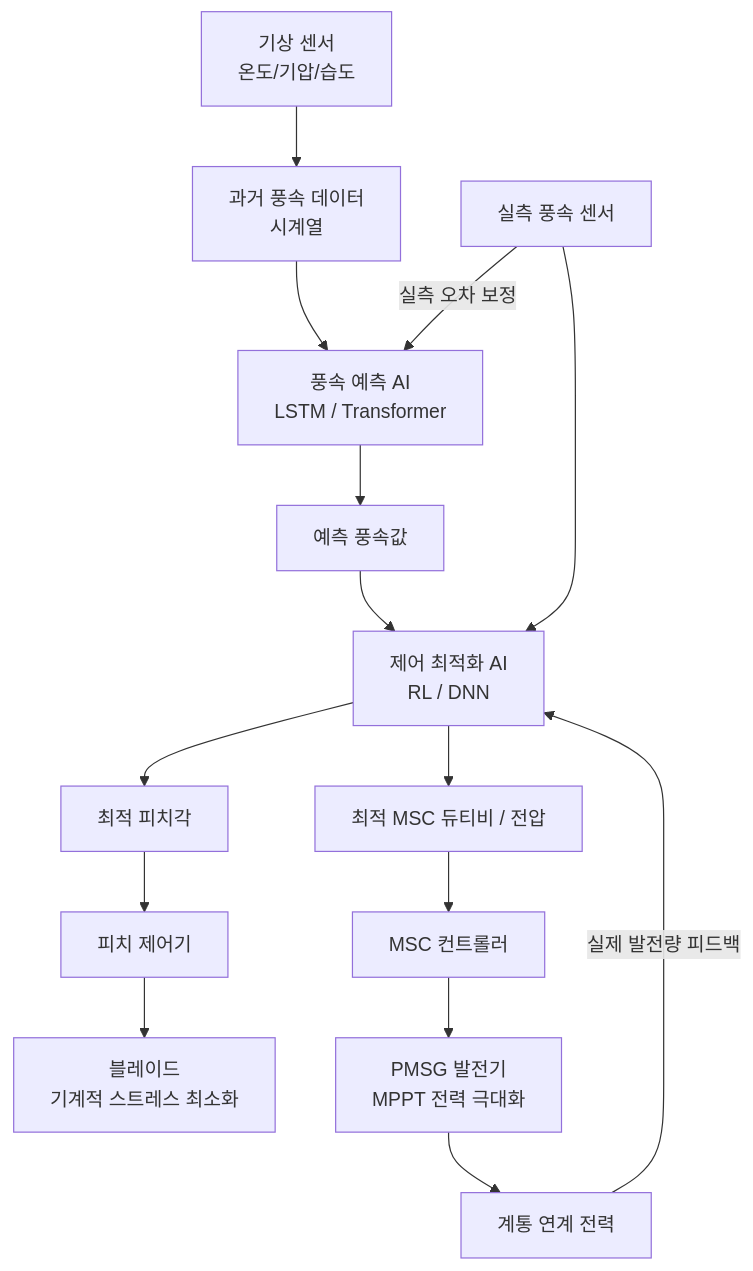
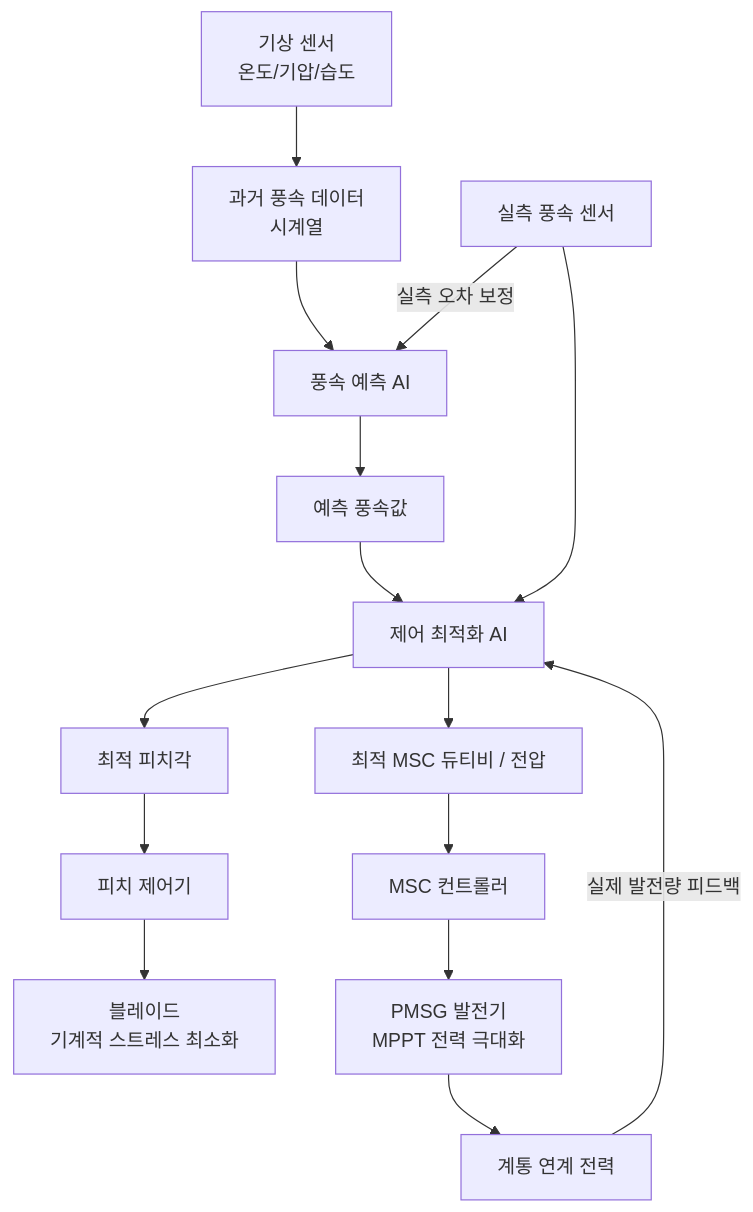
The diagram in README.md (seyong628/Capstone-Design), drawn with Mermaid before and after one commit.

````diff
--- a/README.md
+++ b/README.md
@@ -5,17 +5,17 @@
 ```mermaid
 flowchart TD
     A[기상 센서<br/>온도/기압/습도] --> B
     B[과거 풍속 데이터<br/>시계열] --> C
-    C[풍속 예측 AI<br/>LSTM / Transformer] --> D[예측 풍속값]
+    C[풍속 예측 AI] --> D[예측 풍속값]
     D --> E
     F[실측 풍속 센서] --> E
-    E[제어 최적화 AI<br/>RL / DNN] --> G[최적 피치각]
+    E[제어 최적화 AI] --> G[최적 피치각]
     E --> H[최적 MSC 듀티비 / 전압]
     G --> I[피치 제어기]
     I --> J[블레이드<br/>기계적 스트레스 최소화]
     H --> K[MSC 컨트롤러]
     K --> L[PMSG 발전기<br/>MPPT 전력 극대화]
     L --> M[계통 연계 전력]
     M -->|실제 발전량 피드백| E
     F -->|실측 오차 보정| C
 ```
````
